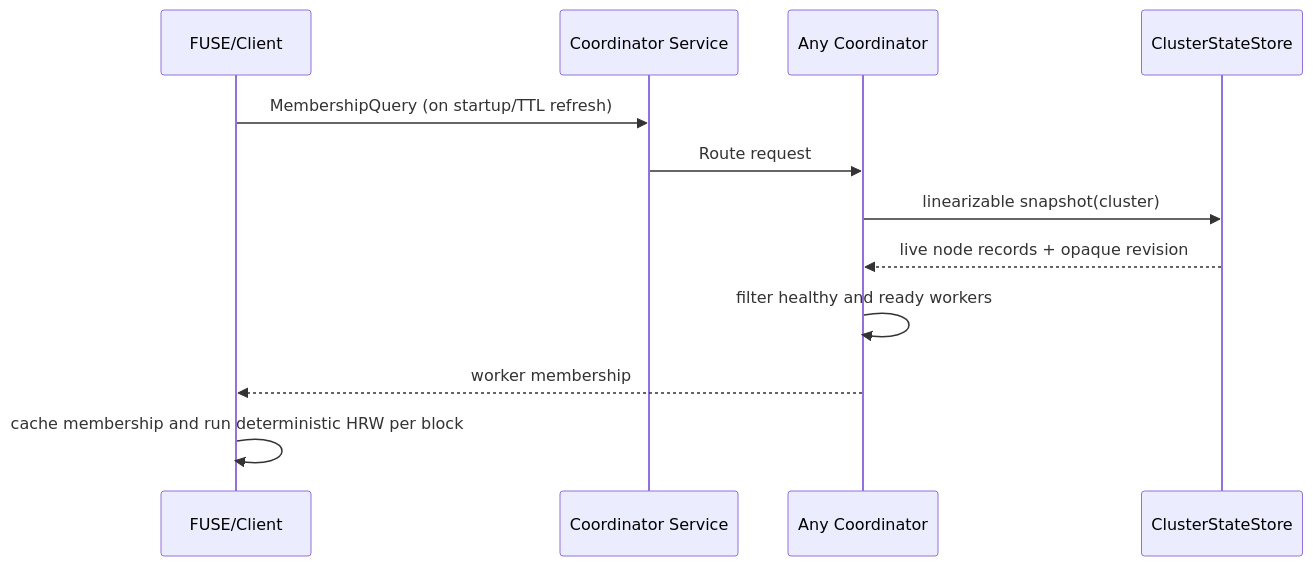
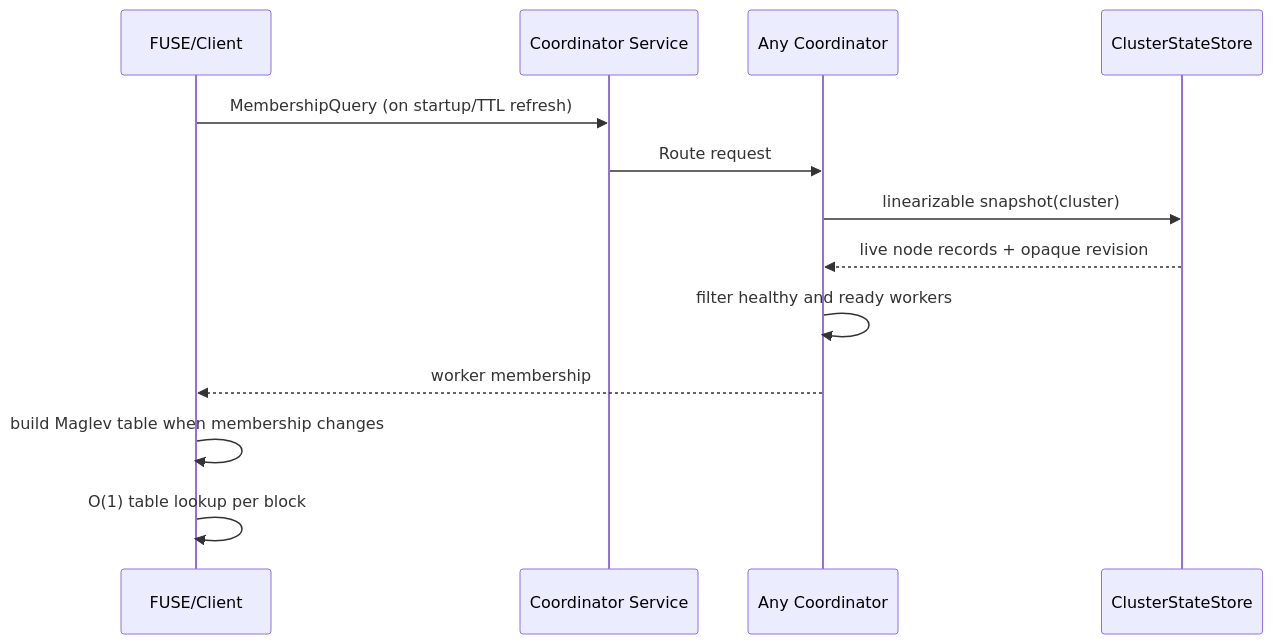
The second of 3 diagrams in docs/adr/0001-management-plane-ha.md (milvus-io/talon), drawn with Mermaid before and after one commit. The commit also changed other lines of this file and 18 other files, not shown here.

````diff
--- a/docs/adr/0001-management-plane-ha.md
+++ b/docs/adr/0001-management-plane-ha.md
@@ -391,15 +392,16 @@
 ```mermaid
 sequenceDiagram
     participant F as FUSE/Client
     participant LB as Coordinator Service
     participant C as Any Coordinator
     participant S as ClusterStateStore
 
     F->>LB: MembershipQuery (on startup/TTL refresh)
     LB->>C: Route request
     C->>S: linearizable snapshot(cluster)
     S-->>C: live node records + opaque revision
     C->>C: filter healthy and ready workers
     C-->>F: worker membership
-    F->>F: cache membership and run deterministic HRW per block
+    F->>F: build Maglev table when membership changes
+    F->>F: O(1) table lookup per block
 ```
````
